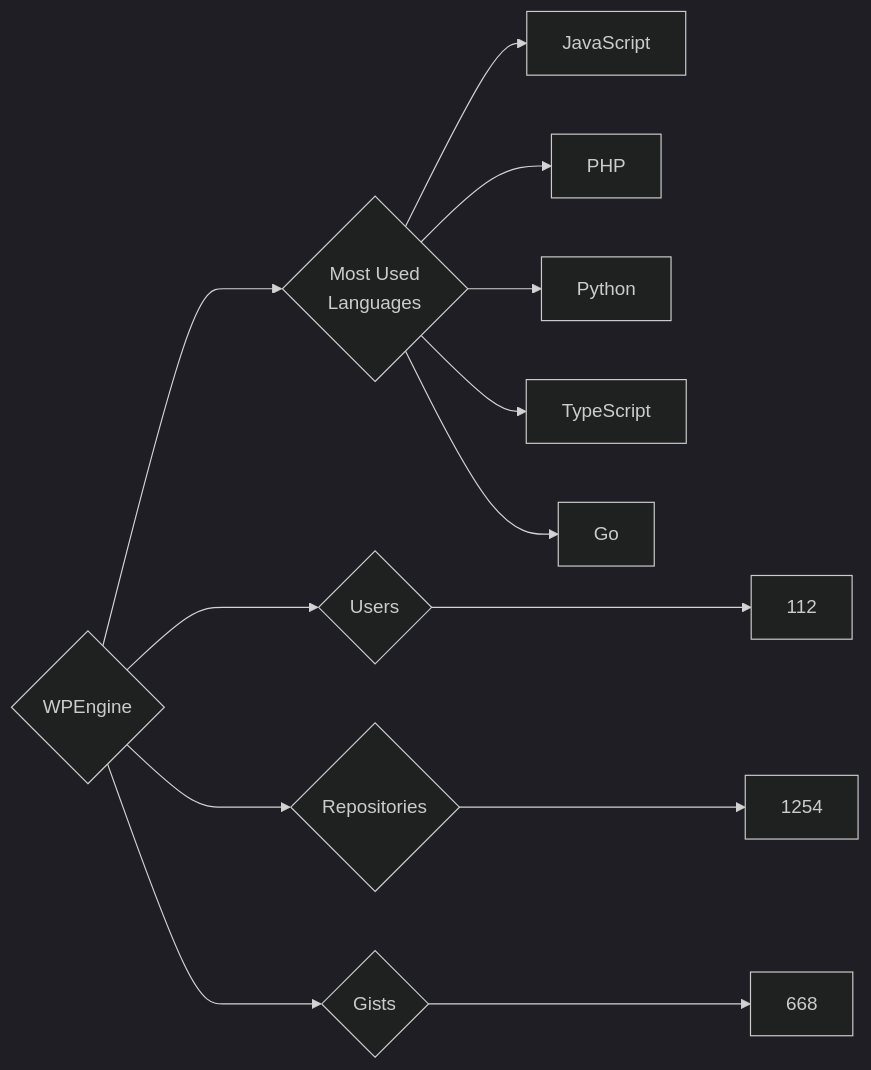
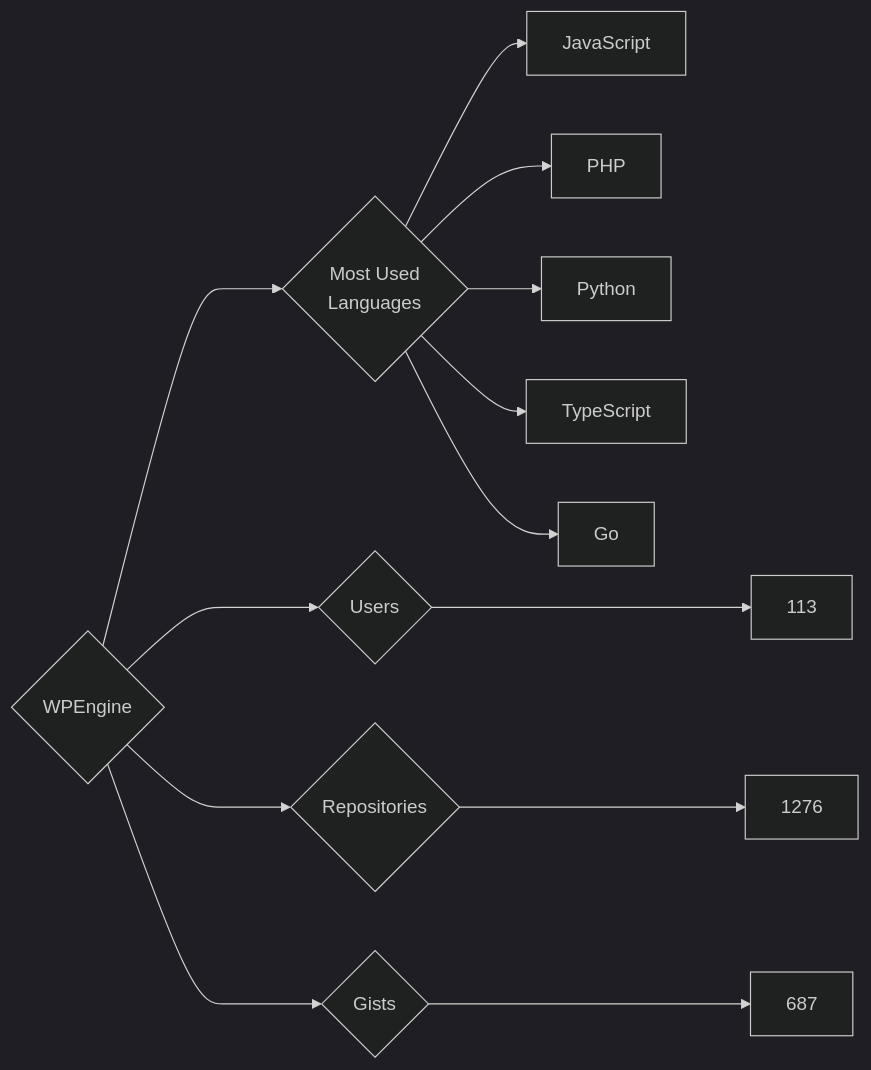
Before and after one commit to trickest/insiders: the diagram in targets/WPEngine/README.md, drawn with Mermaid (dark theme). The commit also changed 799 other files, not shown here.

````diff
--- a/targets/WPEngine/README.md
+++ b/targets/WPEngine/README.md
@@ -3,13 +3,13 @@
 ```mermaid
 graph LR
 COMPANY_NAME{WPEngine}
-COMPANY_NAME ---> U{Users} ---> UN[112]
-COMPANY_NAME ---> R{Repositories} ---> RN[1254]
-COMPANY_NAME ---> G{Gists} ---> GN[668]
+COMPANY_NAME ---> U{Users} ---> UN[113]
+COMPANY_NAME ---> R{Repositories} ---> RN[1276]
+COMPANY_NAME ---> G{Gists} ---> GN[687]
 COMPANY_NAME ---> ML{Most Used<br>Languages}
 ML --> JavaScript[JavaScript]
 ML --> PHP[PHP]
 ML --> Python[Python]
 ML --> TypeScript[TypeScript]
 ML --> Go[Go]
 ```
````
